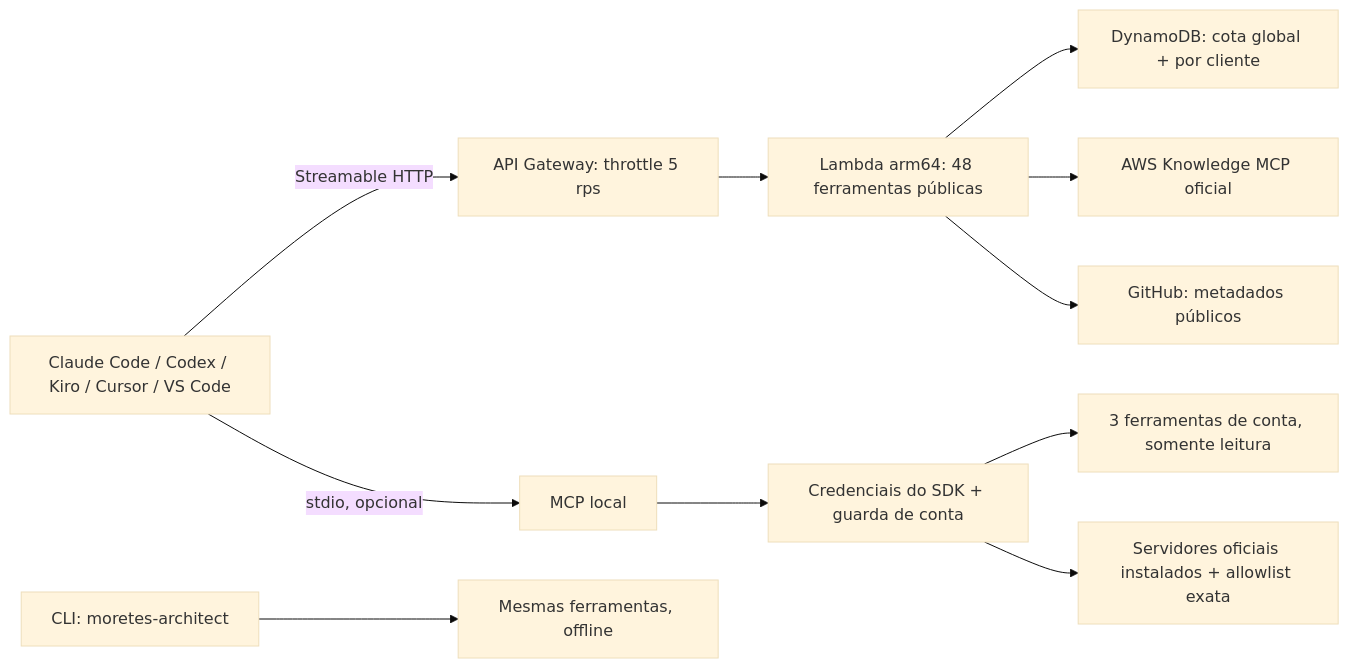
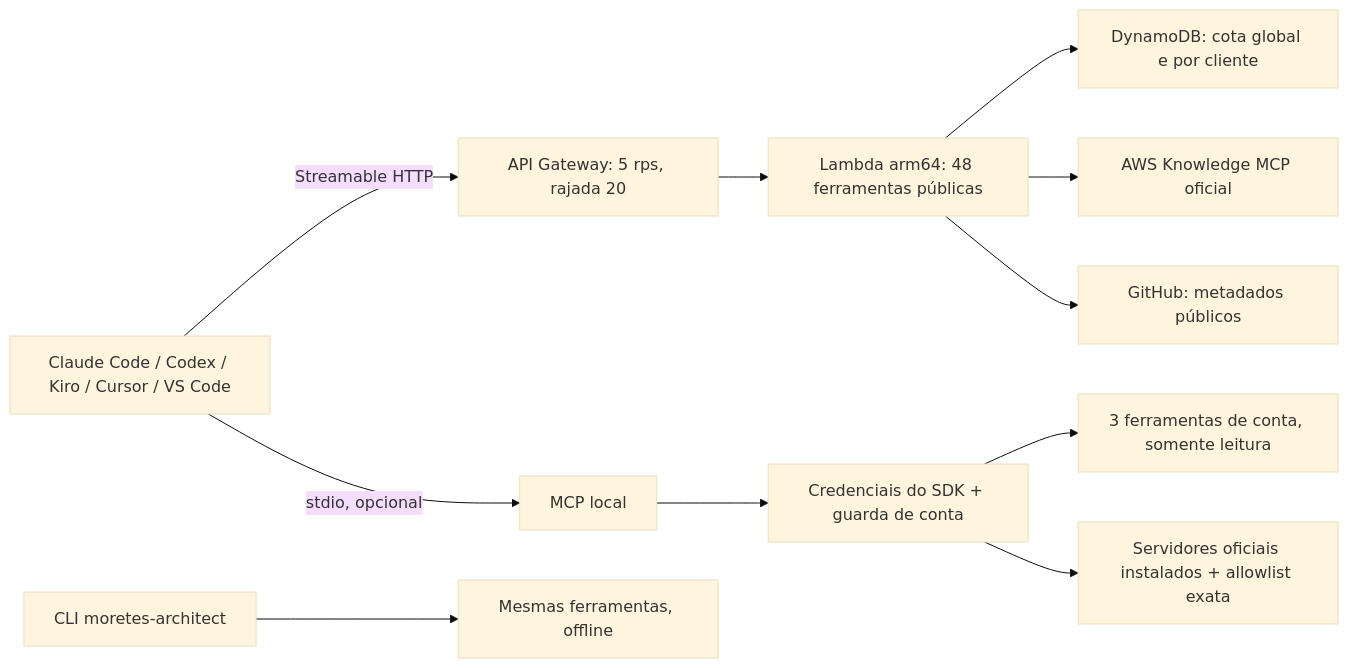
The second of 2 diagrams in README.md (fernando-moretes/moretes-aws-architect-mcp), drawn with Mermaid (base theme) before and after one commit. The commit also changed other lines of this file and 14 other files, not shown here.

````diff
--- a/README.md
+++ b/README.md
@@ -108,13 +257,13 @@
 ```mermaid
 flowchart LR
-  C[Claude Code / Codex / Kiro / Cursor / VS Code] -->|Streamable HTTP| G[API Gateway: throttle 5 rps]
+  C[Claude Code / Codex / Kiro / Cursor / VS Code] -->|Streamable HTTP| G[API Gateway: 5 rps, rajada 20]
   G --> L[Lambda arm64: 48 ferramentas públicas]
-  L --> Q[DynamoDB: cota global + por cliente]
+  L --> Q[DynamoDB: cota global e por cliente]
   L --> K[AWS Knowledge MCP oficial]
   L --> H[GitHub: metadados públicos]
   C -->|stdio, opcional| S[MCP local]
   S --> A[Credenciais do SDK + guarda de conta]
   A --> R[3 ferramentas de conta, somente leitura]
   A --> F[Servidores oficiais instalados + allowlist exata]
-  P[CLI: moretes-architect] --> L2[Mesmas ferramentas, offline]
+  P[CLI moretes-architect] --> T[Mesmas ferramentas, offline]
 ```
````
